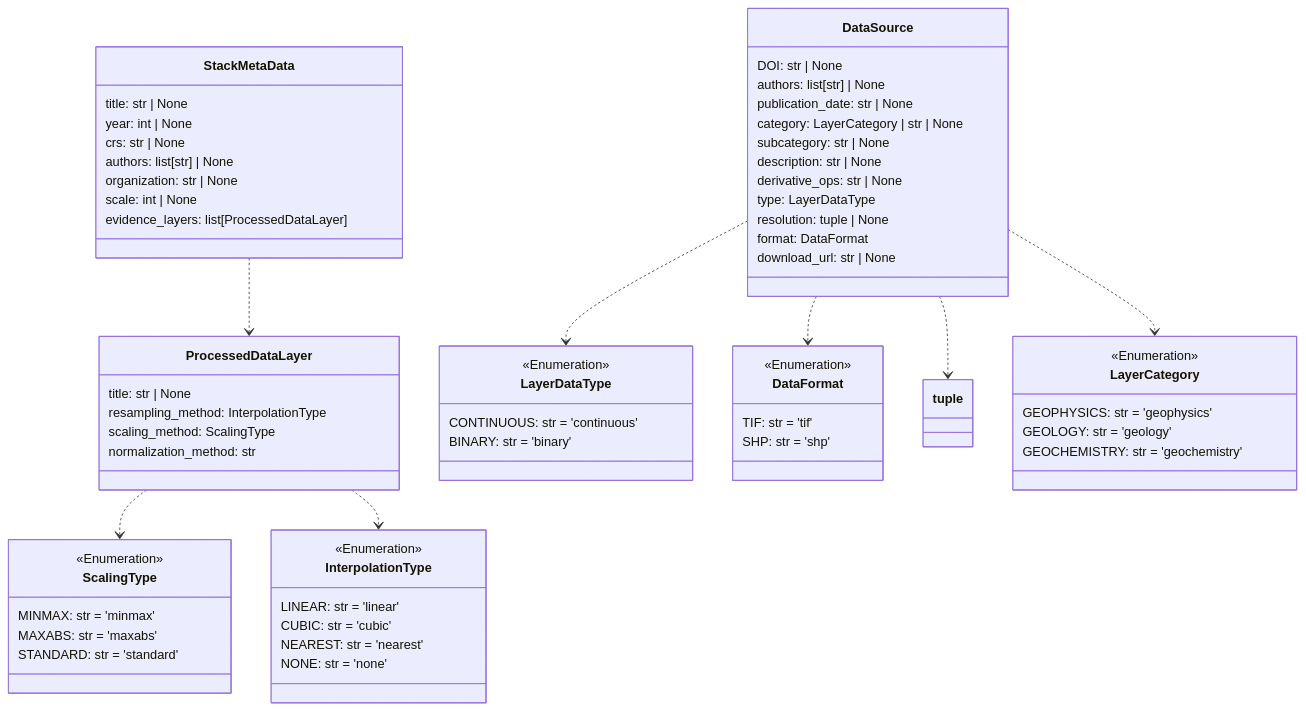
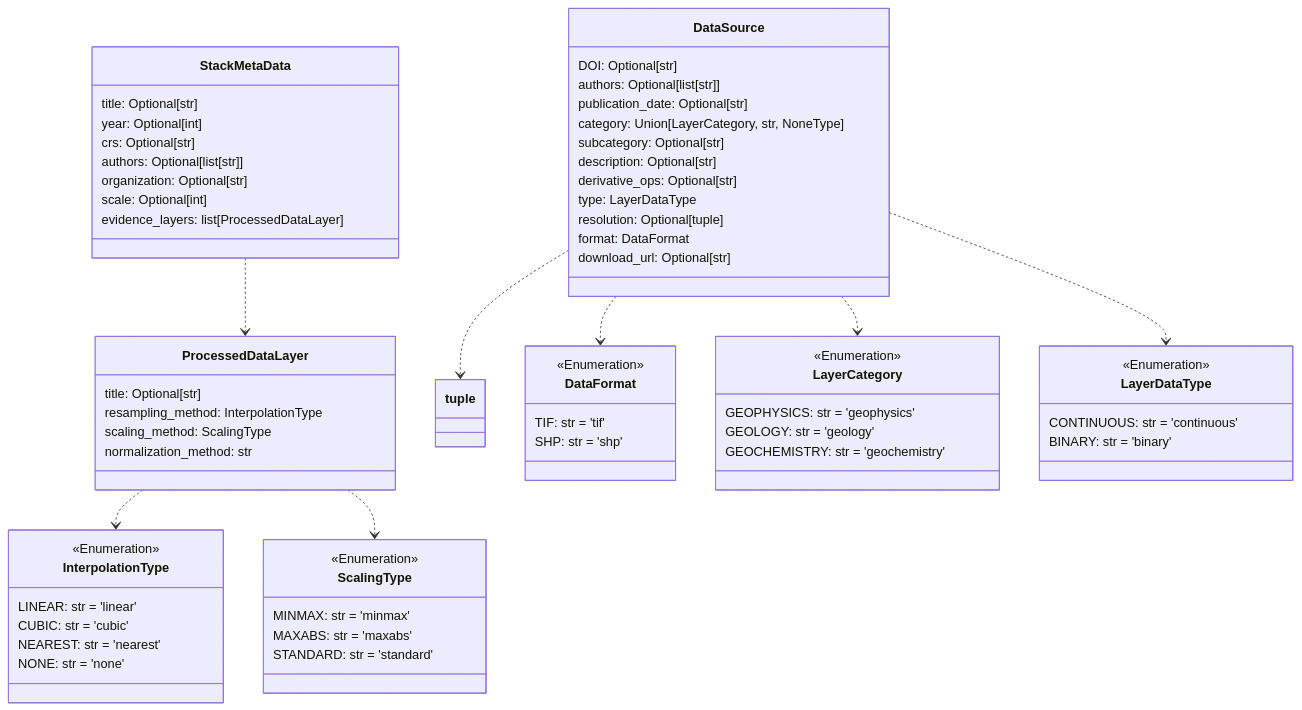
Diagram 13 of 14 in README.md (DARPA-CRITICALMAAS/cdr_schemas), drawn with Mermaid before and after one commit. The commit also changed other lines of this file and 2 other files, not shown here.

````diff
--- a/README.md
+++ b/README.md
@@ -1010,78 +978,78 @@
 ```mermaid
 classDiagram
 
     class DataFormat {
         <<Enumeration>>
         TIF: str = 'tif'
         SHP: str = 'shp'
-    }
-
-    class InterpolationType {
-        <<Enumeration>>
-        LINEAR: str = 'linear'
-        CUBIC: str = 'cubic'
-        NEAREST: str = 'nearest'
-        NONE: str = 'none'
-    }
-
-    class StackMetaData {
-        title: str | None
-        year: int | None
-        crs: str | None
-        authors: list[str] | None
-        organization: str | None
-        scale: int | None
-        evidence_layers: list[ProcessedDataLayer]
-    }
-
-    class LayerDataType {
-        <<Enumeration>>
-        CONTINUOUS: str = 'continuous'
-        BINARY: str = 'binary'
     }
 
     class ScalingType {
         <<Enumeration>>
         MINMAX: str = 'minmax'
         MAXABS: str = 'maxabs'
         STANDARD: str = 'standard'
     }
 
     class ProcessedDataLayer {
-        title: str | None
+        title: Optional[str]
         resampling_method: InterpolationType
         scaling_method: ScalingType
         normalization_method: str
     }
 
     class LayerCategory {
         <<Enumeration>>
         GEOPHYSICS: str = 'geophysics'
         GEOLOGY: str = 'geology'
         GEOCHEMISTRY: str = 'geochemistry'
     }
 
     class DataSource {
-        DOI: str | None
-        authors: list[str] | None
-        publication_date: str | None
-        category: LayerCategory | str | None
-        subcategory: str | None
-        description: str | None
-        derivative_ops: str | None
+        DOI: Optional[str]
+        authors: Optional[list[str]]
+        publication_date: Optional[str]
+        category: Union[LayerCategory, str, NoneType]
+        subcategory: Optional[str]
+        description: Optional[str]
+        derivative_ops: Optional[str]
         type: LayerDataType
-        resolution: tuple | None
+        resolution: Optional[tuple]
         format: DataFormat
-        download_url: str | None
+        download_url: Optional[str]
     }
 
+    class LayerDataType {
+        <<Enumeration>>
+        CONTINUOUS: str = 'continuous'
+        BINARY: str = 'binary'
+    }
+
+    class InterpolationType {
+        <<Enumeration>>
+        LINEAR: str = 'linear'
+        CUBIC: str = 'cubic'
+        NEAREST: str = 'nearest'
+        NONE: str = 'none'
+    }
+
+    class StackMetaData {
+        title: Optional[str]
+        year: Optional[int]
+        crs: Optional[str]
+        authors: Optional[list[str]]
+        organization: Optional[str]
+        scale: Optional[int]
+        evidence_layers: list[ProcessedDataLayer]
+    }
+
+    DataSource ..> tuple
+    DataSource ..> DataFormat
+    DataSource ..> LayerCategory
     DataSource ..> LayerDataType
-    DataSource ..> DataFormat
-    DataSource ..> tuple
-    DataSource ..> LayerCategory
+    ProcessedDataLayer ..> InterpolationType
     ProcessedDataLayer ..> ScalingType
-    ProcessedDataLayer ..> InterpolationType
     StackMetaData ..> ProcessedDataLayer
 
 
 ```
````
